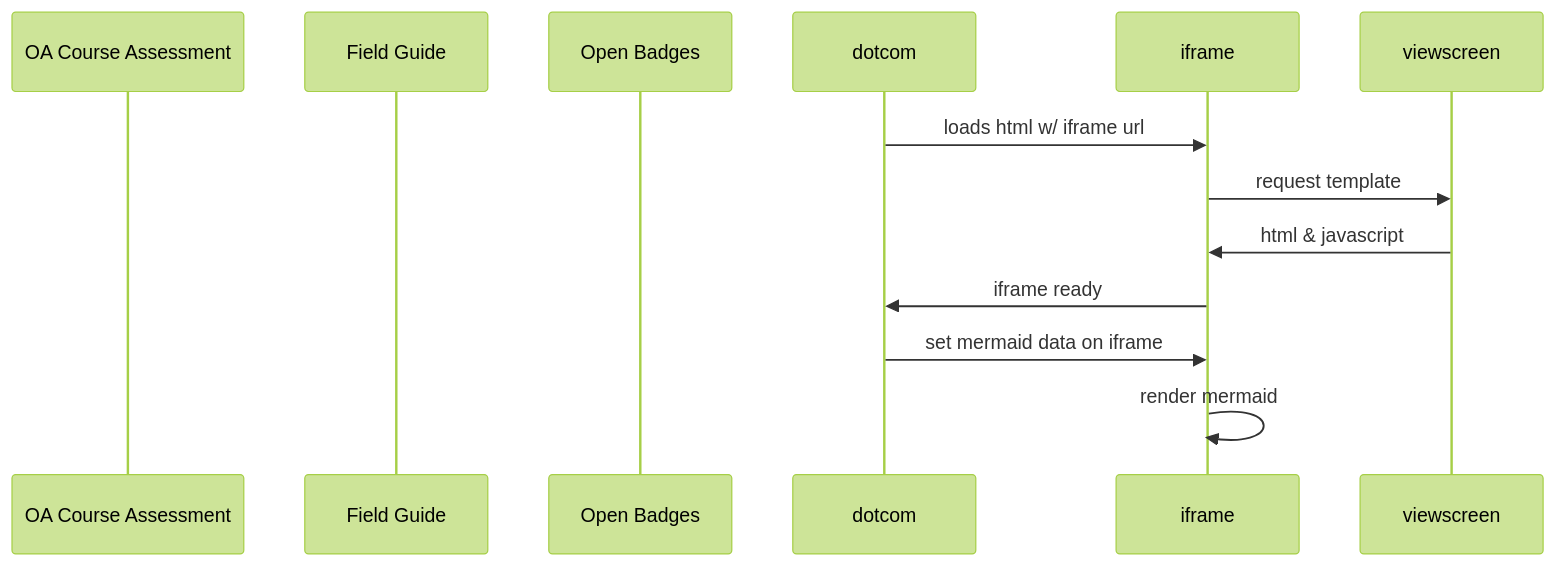
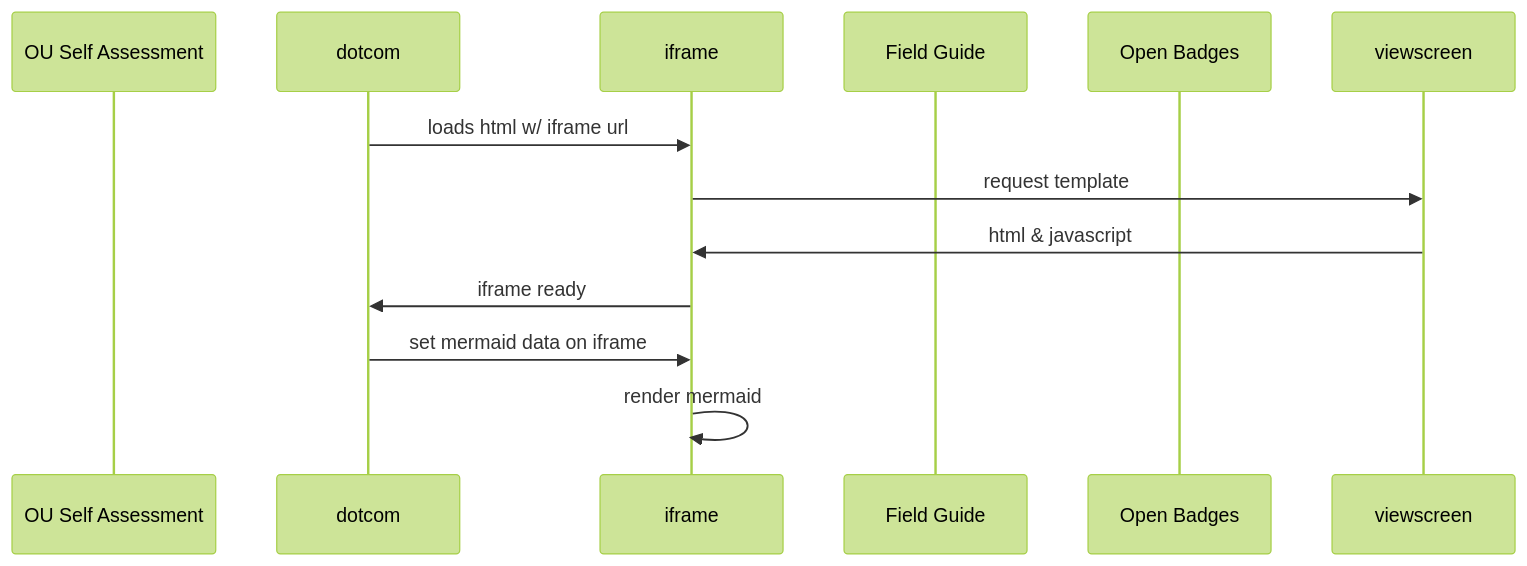
One commit to Web-learning/Open-Umbrella changed the diagram in README.md. Above: the diagram before and after it, drawn with Mermaid (forest theme).

Commit message:
Update README.md
Changing the mermaid diagram

````diff
--- a/README.md
+++ b/README.md
@@ -23,12 +23,12 @@
 ```mermaid
 sequenceDiagram
-    participant OA Course Assessment 
+    participant OU Self Assessment 
+    dotcom->>iframe: loads html w/ iframe url
     participant Field Guide 
     participant Open Badges
-    dotcom->>iframe: loads html w/ iframe url
     iframe->>viewscreen: request template
     viewscreen->>iframe: html & javascript
     iframe->>dotcom: iframe ready
     dotcom->>iframe: set mermaid data on iframe
     iframe->>iframe: render mermaid
 ```
````
